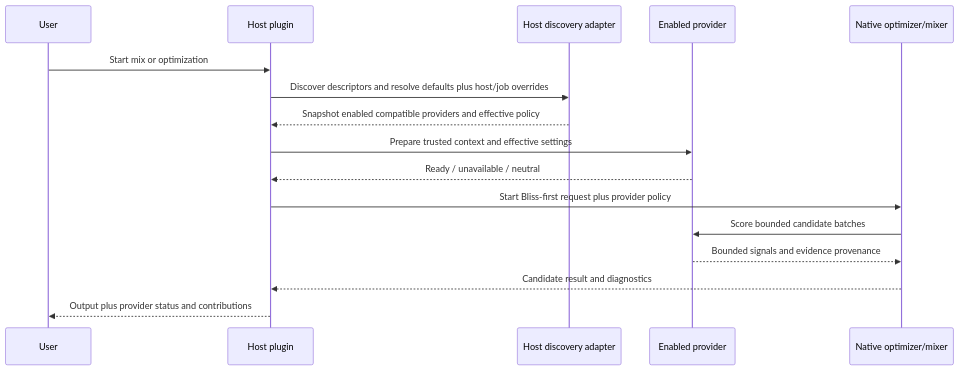
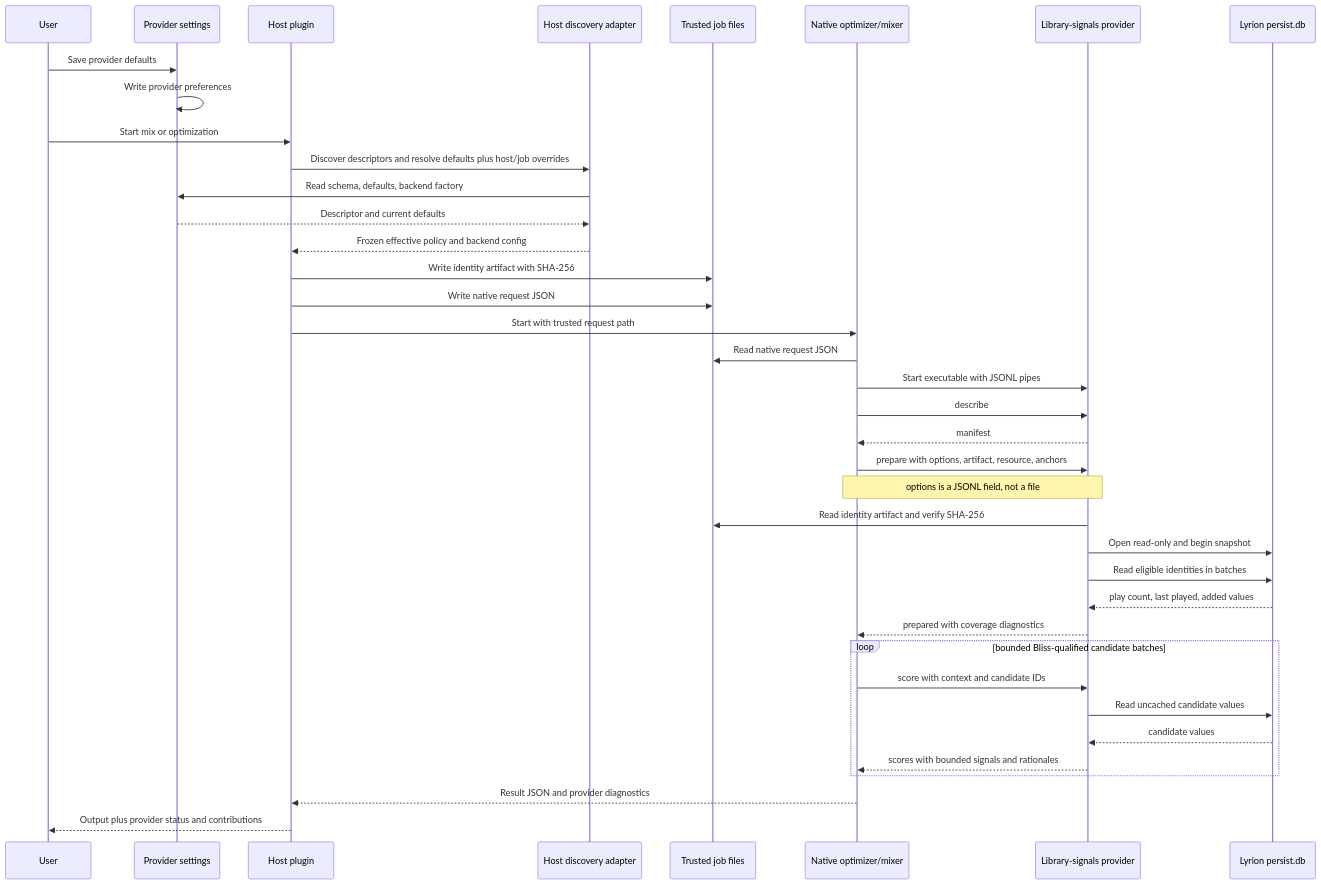
One commit to chrober/bliss-similarity-design changed the third of 3 diagrams in docs/superpowers/specs/2026-09-26-lyrion-guidance-provider-discovery-design.md. Above: the diagram before and after it, drawn with Mermaid. The commit also changed other lines of this file, not shown here.

Commit message:
docs: detail library signals SPI flow

````diff
--- a/docs/superpowers/specs/2026-09-26-lyrion-guidance-provider-discovery-design.md
+++ b/docs/superpowers/specs/2026-09-26-lyrion-guidance-provider-discovery-design.md
@@ -332,19 +375,41 @@
 ```mermaid
 sequenceDiagram
   participant U as User
+  participant S as Provider settings
   participant H as Host plugin
   participant D as Host discovery adapter
-  participant P as Enabled provider
+  participant F as Trusted job files
   participant N as Native optimizer/mixer
+  participant P as Library-signals provider
+  participant DB as Lyrion persist.db
 
+  U->>S: Save provider defaults
+  S->>S: Write provider preferences
   U->>H: Start mix or optimization
   H->>D: Discover descriptors and resolve defaults plus host/job overrides
-  D-->>H: Snapshot enabled compatible providers and effective policy
-  H->>P: Prepare trusted context and effective settings
-  P-->>H: Ready / unavailable / neutral
-  H->>N: Start Bliss-first request plus provider policy
-  N->>P: Score bounded candidate batches
-  P-->>N: Bounded signals and evidence provenance
-  N-->>H: Candidate result and diagnostics
+  D->>S: Read schema, defaults, backend factory
+  S-->>D: Descriptor and current defaults
+  D-->>H: Frozen effective policy and backend config
+  H->>F: Write identity artifact with SHA-256
+  H->>F: Write native request JSON
+  H->>N: Start with trusted request path
+  N->>F: Read native request JSON
+  N->>P: Start executable with JSONL pipes
+  N->>P: describe
+  P-->>N: manifest
+  N->>P: prepare with options, artifact, resource, anchors
+  Note over N,P: options is a JSONL field, not a file
+  P->>F: Read identity artifact and verify SHA-256
+  P->>DB: Open read-only and begin snapshot
+  P->>DB: Read eligible identities in batches
+  DB-->>P: play count, last played, added values
+  P-->>N: prepared with coverage diagnostics
+  loop bounded Bliss-qualified candidate batches
+    N->>P: score with context and candidate IDs
+    P->>DB: Read uncached candidate values
+    DB-->>P: candidate values
+    P-->>N: scores with bounded signals and rationales
+  end
+  N-->>H: Result JSON and provider diagnostics
   H-->>U: Output plus provider status and contributions
 ```
````
